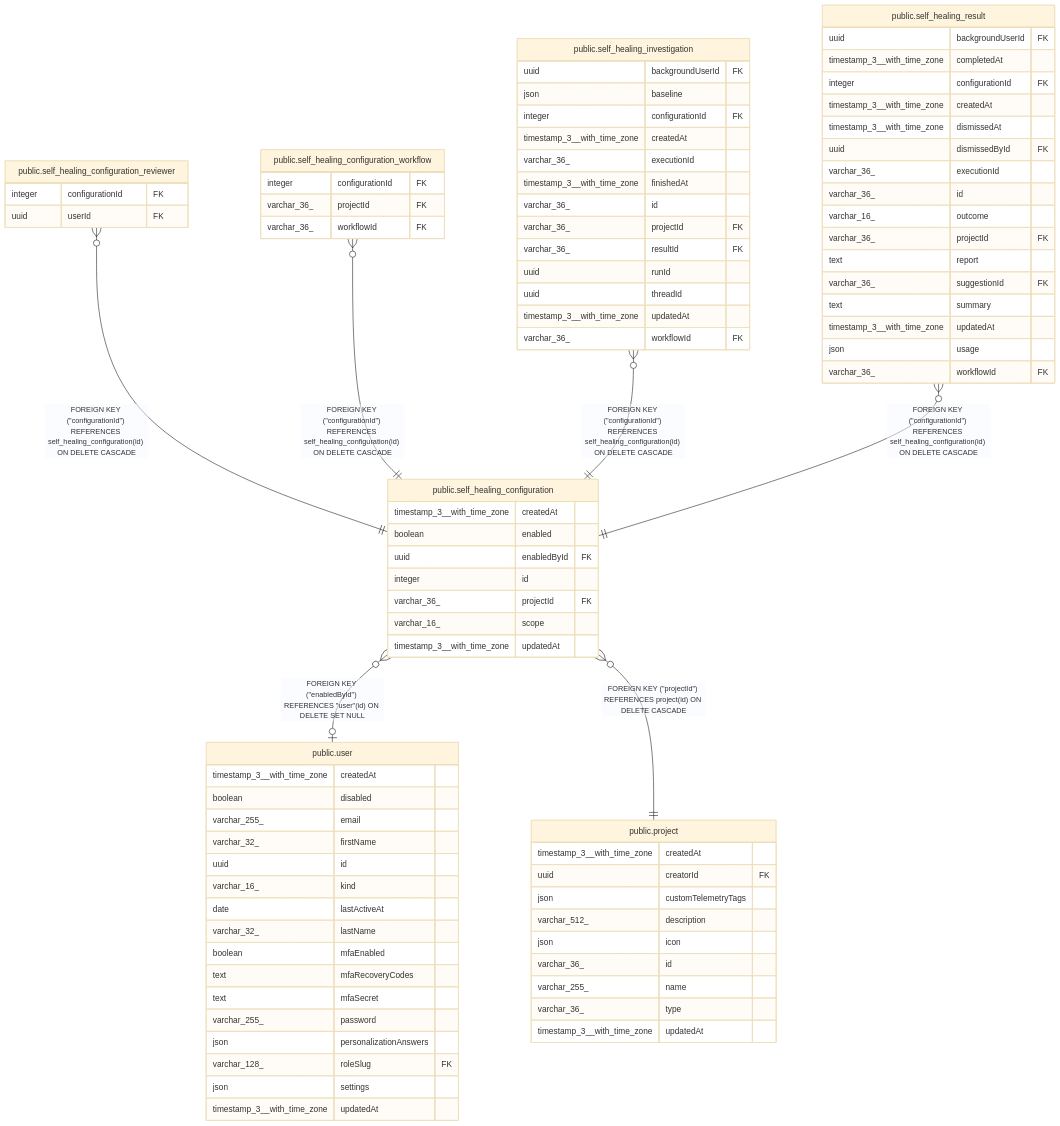
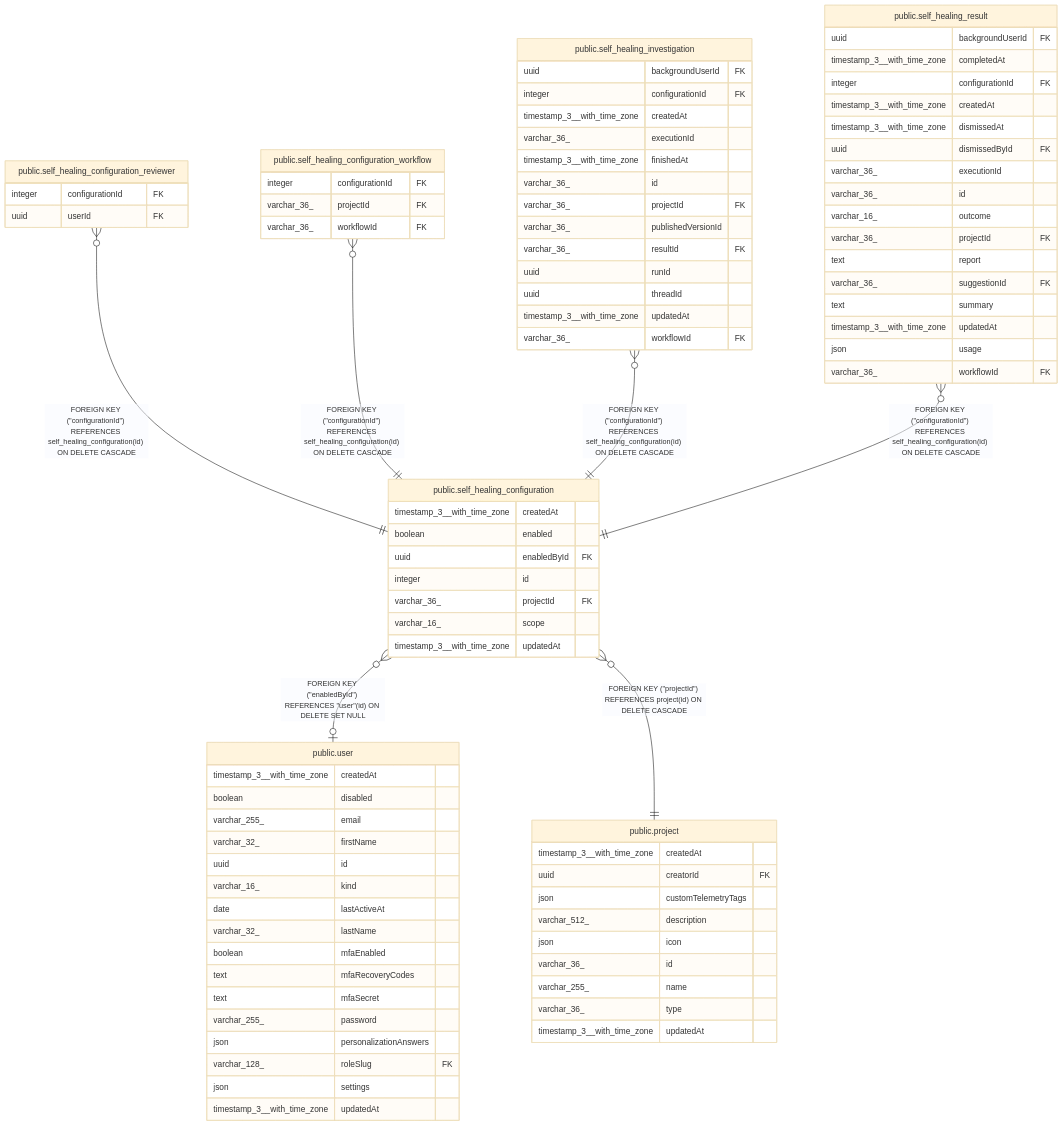
The diagram in docs/generated/postgres-schema/public.self_healing_configuration.md (tonky/n8n), drawn with Mermaid (base theme) before and after one commit. The commit also changed 26 other files, not shown here.

```diff
--- a/docs/generated/postgres-schema/public.self_healing_configuration.md
+++ b/docs/generated/postgres-schema/public.self_healing_configuration.md
@@ -86,13 +86,13 @@
 }
 "public.self_healing_investigation" {
   uuid backgroundUserId FK
-  json baseline
   integer configurationId FK
   timestamp_3__with_time_zone createdAt
   varchar_36_ executionId
   timestamp_3__with_time_zone finishedAt
   varchar_36_ id
   varchar_36_ projectId FK
+  varchar_36_ publishedVersionId
   varchar_36_ resultId FK
   uuid runId
   uuid threadId
```
